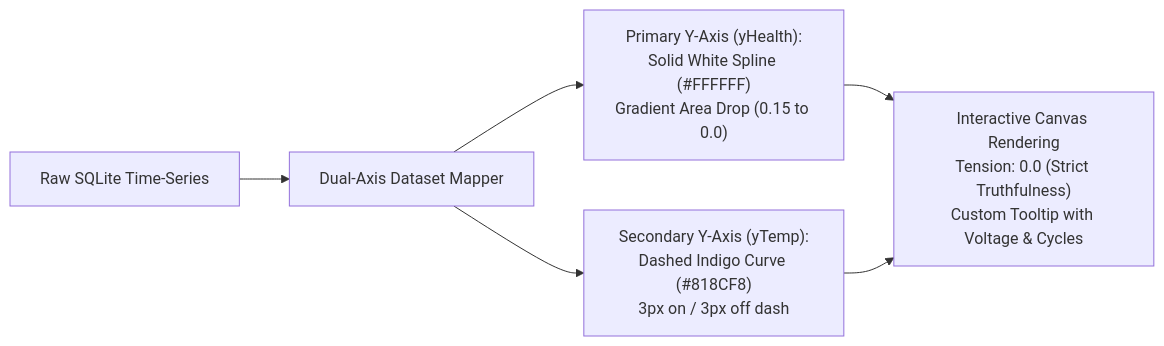
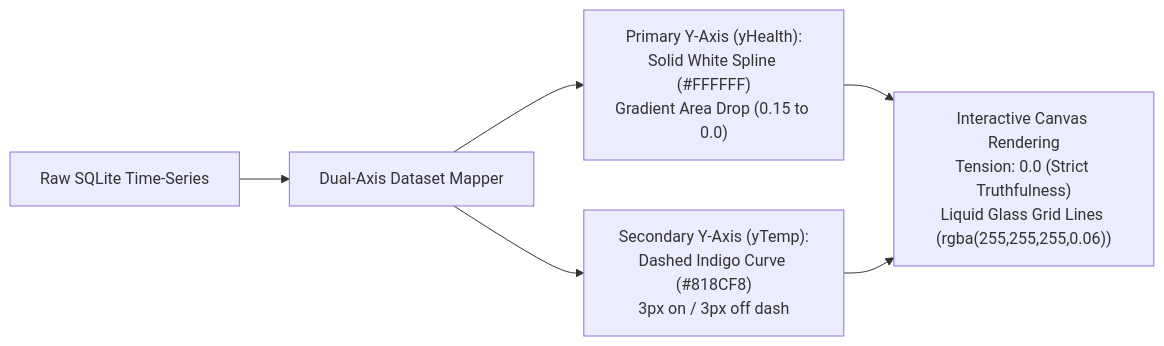
The sixth of 7 diagrams in FRONTEND_DESIGN_DOC.md (raghul11x/Ion-Battery-Health-Analyser), drawn with Mermaid before and after one commit. The commit also changed other lines of this file and 1 other file, not shown here.

````diff
--- a/FRONTEND_DESIGN_DOC.md
+++ b/FRONTEND_DESIGN_DOC.md
@@ -280,8 +309,8 @@
 ```mermaid
 flowchart LR
     A["Raw SQLite Time-Series"] --> B["Dual-Axis Dataset Mapper"]
     B --> C["Primary Y-Axis (yHealth):<br/>Solid White Spline (#FFFFFF)<br/>Gradient Area Drop (0.15 to 0.0)"]
     B --> D["Secondary Y-Axis (yTemp):<br/>Dashed Indigo Curve (#818CF8)<br/>3px on / 3px off dash"]
     
-    C & D --> E["Interactive Canvas Rendering<br/>Tension: 0.0 (Strict Truthfulness)<br/>Custom Tooltip with Voltage & Cycles"]
+    C & D --> E["Interactive Canvas Rendering<br/>Tension: 0.0 (Strict Truthfulness)<br/>Liquid Glass Grid Lines (rgba(255,255,255,0.06))"]
 ```
````
